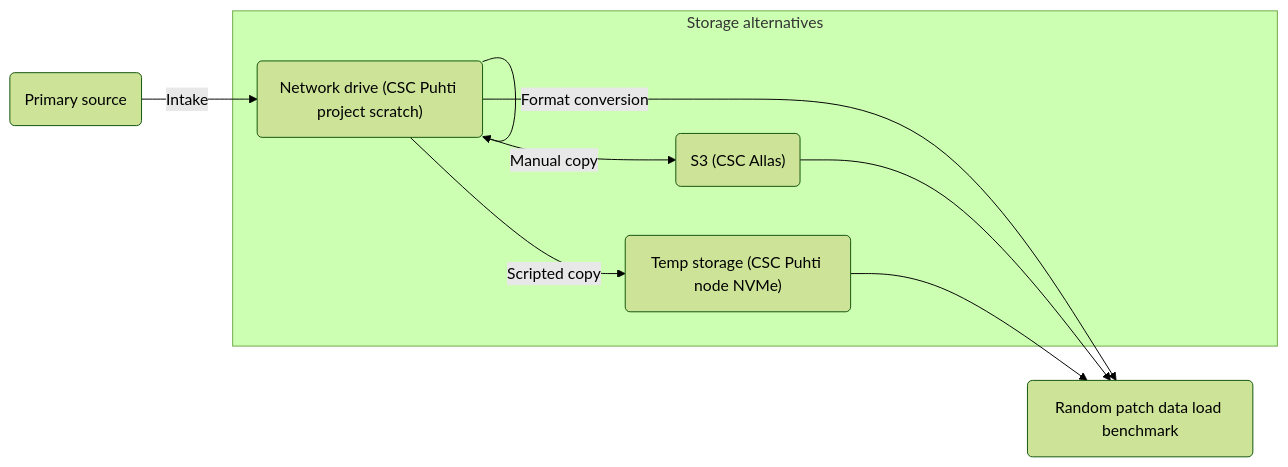
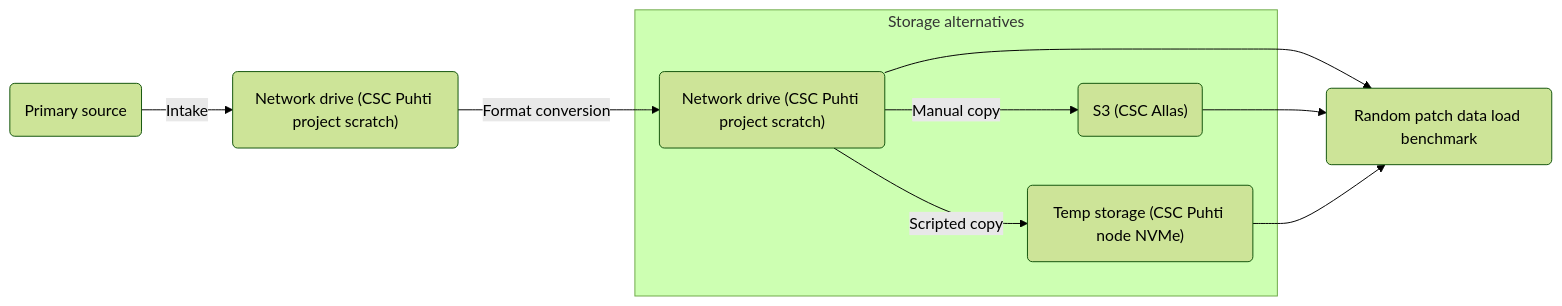
One commit to hamk-uas/datacube-storage-lab changed the first of 2 diagrams in README.md. Above: the diagram before and after it, drawn with Mermaid (forest theme).

````diff
--- a/README.md
+++ b/README.md
@@ -9,15 +9,15 @@
 ```mermaid
 graph LR
     subgraph Storage alternatives
         B("Network drive (CSC Puhti project scratch)")
         C("S3 (CSC Allas)")
         D("Temp storage (CSC Puhti node NVMe)")
     end
-    A(Primary source)--Intake-->B
-    B--Format conversion-->B
+    A(Primary source)--Intake-->P("Network drive (CSC Puhti project scratch)")
+    P--Format conversion-->B
     B--Manual copy-->C("S3 (CSC Allas)")
     B--Scripted copy-->D("Temp storage (CSC Puhti node NVMe)")
     B-->E(Random patch data load benchmark)
     C-->E
     D-->E
 ```
````
